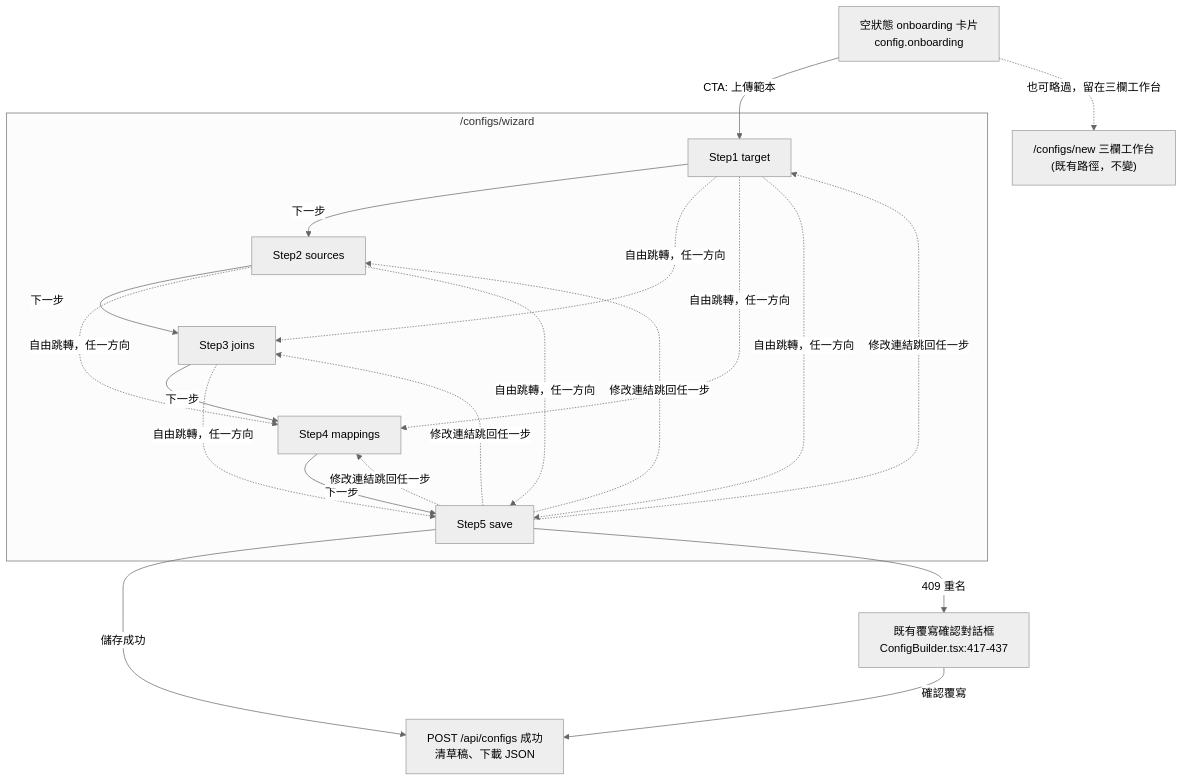
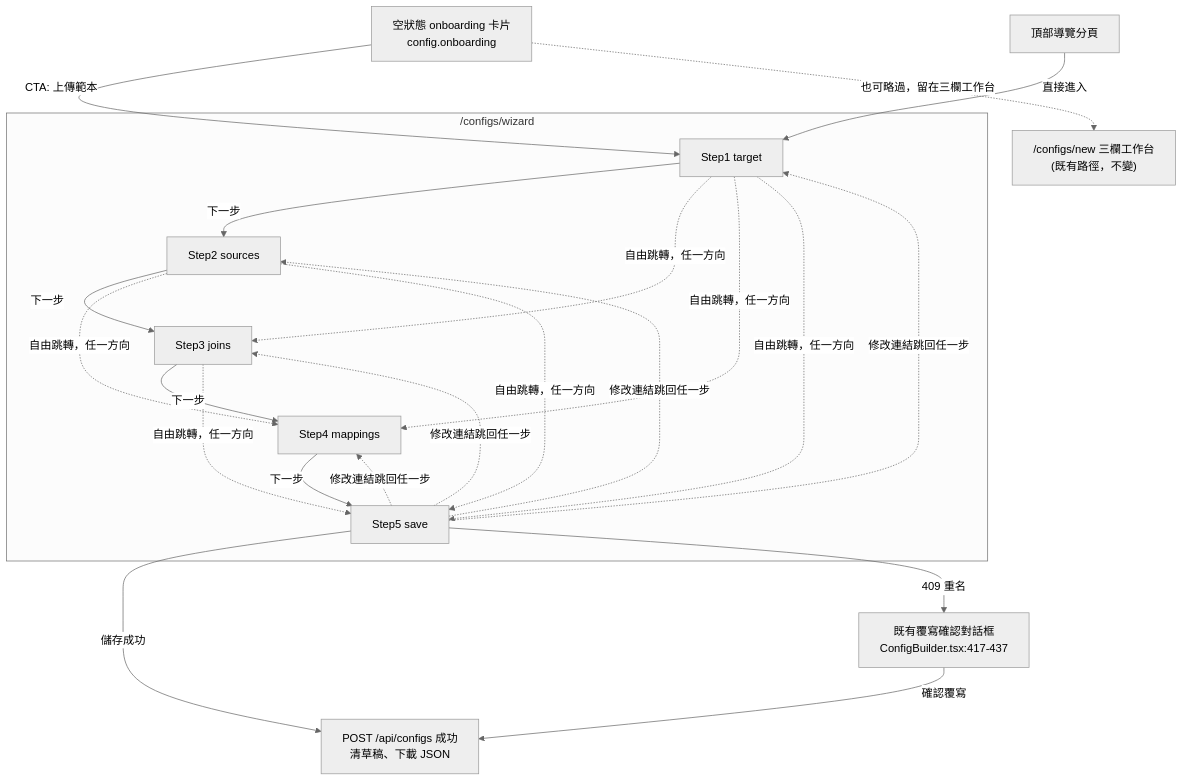
Before and after one commit to twjohnwu/excelTemplateParser: the diagram in STDD/create-project-wizard/design-ux.md, drawn with Mermaid (neutral theme). The commit also changed other lines of this file and 35 other files, not shown here.

````diff
--- a/STDD/create-project-wizard/design-ux.md
+++ b/STDD/create-project-wizard/design-ux.md
@@ -155,34 +155,35 @@
 ```mermaid
 flowchart TD
     Onboard[空狀態 onboarding 卡片<br/>config.onboarding] -- CTA: 上傳範本 --> W1
+    TopMenuBar[頂部導覽分頁] -- 直接進入 --> W1
     ConfigNew["/configs/new 三欄工作台<br/>(既有路徑，不變)"]
     Onboard -. 也可略過，留在三欄工作台 .-> ConfigNew
 
     subgraph Wizard["/configs/wizard"]
         W1[Step1 target]
         W2[Step2 sources]
         W3[Step3 joins]
         W4[Step4 mappings]
         W5[Step5 save]
     end
 
     W1 -- 下一步 --> W2
     W2 -- 下一步 --> W3
     W3 -- 下一步 --> W4
     W4 -- 下一步 --> W5
 
     W1 -. 自由跳轉，任一方向 .-> W3
     W1 -. 自由跳轉，任一方向 .-> W4
     W1 -. 自由跳轉，任一方向 .-> W5
     W2 -. 自由跳轉，任一方向 .-> W4
     W2 -. 自由跳轉，任一方向 .-> W5
     W3 -. 自由跳轉，任一方向 .-> W5
     W5 -. 修改連結跳回任一步 .-> W1
     W5 -. 修改連結跳回任一步 .-> W2
     W5 -. 修改連結跳回任一步 .-> W3
     W5 -. 修改連結跳回任一步 .-> W4
 
     W5 -- 儲存成功 --> Saved[POST /api/configs 成功<br/>清草稿、下載 JSON]
     W5 -- 409 重名 --> Overwrite[既有覆寫確認對話框<br/>ConfigBuilder.tsx:417-437]
     Overwrite -- 確認覆寫 --> Saved
 ```
````
